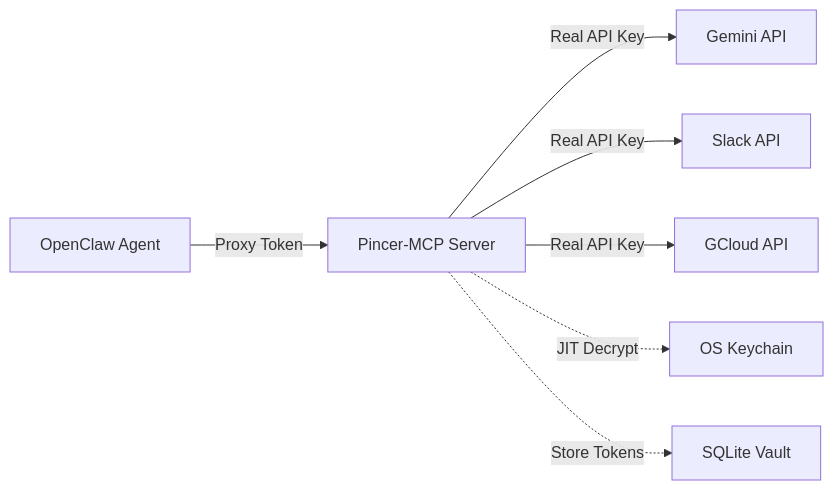
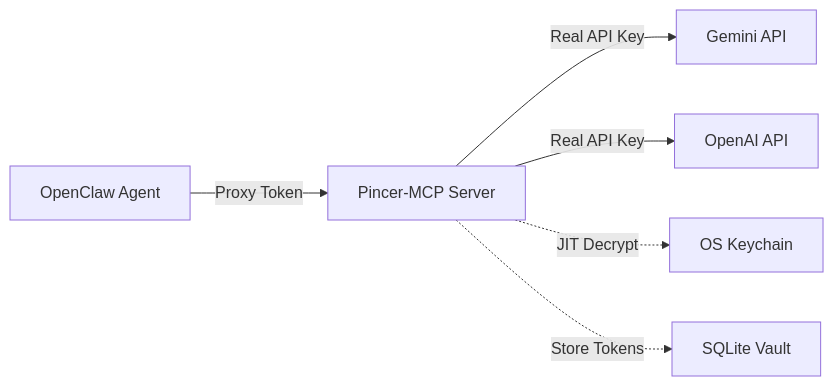
One commit to VouchlyAI/Pincer-MCP changed the diagram in docs/OPENCLAW_INTEGRATION.md. Above: the diagram before and after it, drawn with Mermaid. The commit also changed other lines of this file and 9 other files, not shown here.

````diff
--- a/docs/OPENCLAW_INTEGRATION.md
+++ b/docs/OPENCLAW_INTEGRATION.md
@@ -13,10 +13,9 @@
 ```mermaid
 graph LR
     A[OpenClaw Agent] -->|Proxy Token| B[Pincer-MCP Server]
     B -->|Real API Key| C[Gemini API]
-    B -->|Real API Key| D[Slack API]
-    B -->|Real API Key| E[GCloud API]
+    B -->|Real API Key| D[OpenAI API]
     
     B -.->|JIT Decrypt| F[OS Keychain]
     B -.->|Store Tokens| G[SQLite Vault]
 ```
````
